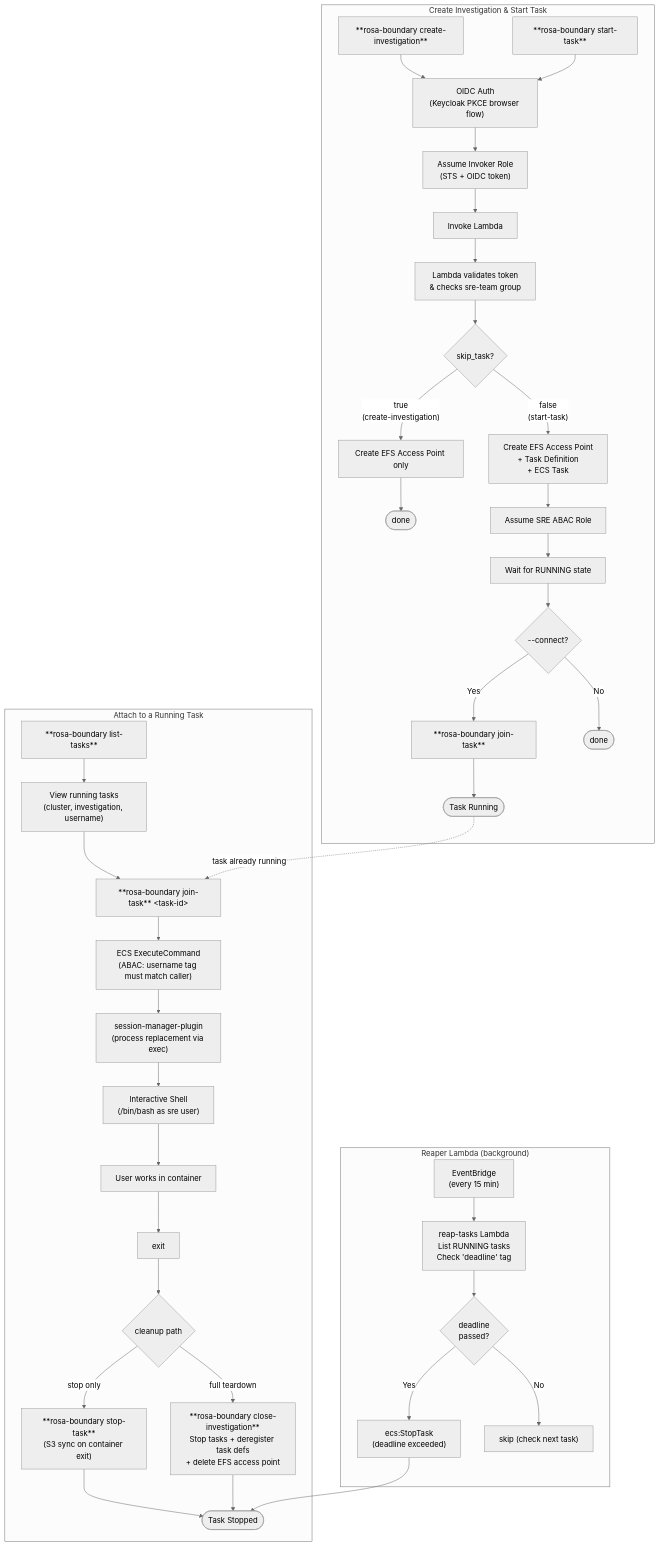
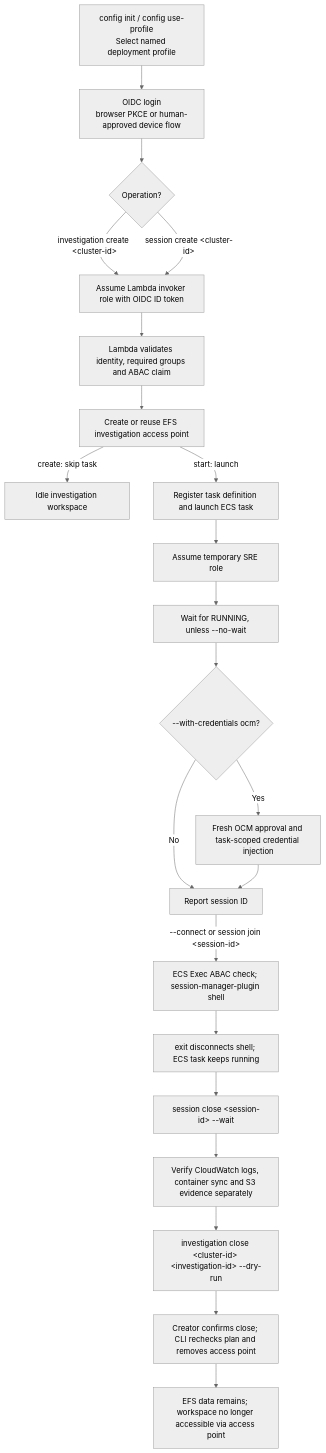
The diagram in docs/workflows.md (openshift-online/rosa-boundary), drawn with Mermaid (neutral theme) before and after one commit. The commit also changed other lines of this file and 69 other files, not shown here.

````diff
--- a/docs/workflows.md
+++ b/docs/workflows.md
@@ -5,59 +5,24 @@
 ```mermaid
 flowchart TD
-    subgraph "Create Investigation & Start Task"
-        CI["**rosa-boundary create-investigation**"]
-        ST["**rosa-boundary start-task**"]
-
-        CI --> AUTH
-        ST --> AUTH
-
-        AUTH["OIDC Auth\n(Keycloak PKCE browser flow)"]
-        AUTH --> INVOKER["Assume Invoker Role\n(STS + OIDC token)"]
-        INVOKER --> LAMBDA["Invoke Lambda"]
-        LAMBDA --> VALIDATE["Lambda validates token\n& checks sre-team group"]
-        VALIDATE --> SKIP{"skip_task?"}
-
-        SKIP -->|"true\n(create-investigation)"| EFS_ONLY["Create EFS Access Point only"]
-        SKIP -->|"false\n(start-task)"| EFS_TASK["Create EFS Access Point\n+ Task Definition\n+ ECS Task"]
-
-        EFS_ONLY --> DONE1(["done"])
-
-        EFS_TASK --> ABAC["Assume SRE ABAC Role"]
-        ABAC --> WAIT["Wait for RUNNING state"]
-        WAIT --> CONNECT{"--connect?"}
-
-        CONNECT -->|"Yes"| JOIN["**rosa-boundary join-task**"]
-        CONNECT -->|"No"| DONE2(["done"])
-
-        JOIN --> RUNNING(["Task Running"])
-    end
-
-    subgraph "Attach to a Running Task"
-        LT["**rosa-boundary list-tasks**"]
-        LT --> VIEW["View running tasks\n(cluster, investigation, username)"]
-        VIEW --> JT["**rosa-boundary join-task** &lt;task-id&gt;"]
-        JT --> EXEC["ECS ExecuteCommand\n(ABAC: username tag must match caller)"]
-        EXEC --> SMP["session-manager-plugin\n(process replacement via exec)"]
-        SMP --> SHELL["Interactive Shell\n(/bin/bash as sre user)"]
-        SHELL --> WORK["User works in container"]
-        WORK --> EXIT["exit"]
-
-        EXIT --> CLEANUP{"cleanup path"}
-        CLEANUP -->|"stop only"| STOP["**rosa-boundary stop-task**\n(S3 sync on container exit)"]
-        CLEANUP -->|"full teardown"| CLOSE["**rosa-boundary close-investigation**\nStop tasks + deregister task defs\n+ delete EFS access point"]
-
-        STOP --> STOPPED(["Task Stopped"])
-        CLOSE --> STOPPED
-    end
-
-    subgraph "Reaper Lambda (background)"
-        EB["EventBridge\n(every 15 min)"]
-        EB --> REAPER["reap-tasks Lambda\nList RUNNING tasks\nCheck 'deadline' tag"]
-        REAPER --> EXPIRED{"deadline\npassed?"}
-        EXPIRED -->|"Yes"| FORCE_STOP["ecs:StopTask\n(deadline exceeded)"]
-        EXPIRED -->|"No"| SKIP_TASK["skip (check next task)"]
-        FORCE_STOP --> STOPPED
-    end
-
-    RUNNING -.->|"task already running"| JT
+    PROFILE["config init / config use-profile<br/>Select named deployment profile"] --> AUTH["OIDC login<br/>browser PKCE or human-approved device flow"]
+    AUTH --> CREATE{"Operation?"}
+    CREATE -->|"investigation create &lt;cluster-id&gt;"| INVOKER["Assume Lambda invoker role with OIDC ID token"]
+    CREATE -->|"session create &lt;cluster-id&gt;"| INVOKER
+    INVOKER --> LAMBDA["Lambda validates identity, required groups and ABAC claim"]
+    LAMBDA --> EFS["Create or reuse EFS investigation access point"]
+    EFS -->|"create: skip task"| IDLE["Idle investigation workspace"]
+    EFS -->|"start: launch"| TASK["Register task definition and launch ECS task"]
+    TASK --> SRE["Assume temporary SRE role"]
+    SRE --> WAIT["Wait for RUNNING, unless --no-wait"]
+    WAIT --> CRED{"--with-credentials ocm?"}
+    CRED -->|Yes| OCM["Fresh OCM approval and task-scoped credential injection"]
+    CRED -->|No| READY["Report session ID"]
+    OCM --> READY
+    READY -->|"--connect or session join &lt;session-id&gt;"| EXEC["ECS Exec ABAC check; session-manager-plugin shell"]
+    EXEC --> EXIT["exit disconnects shell; ECS task keeps running"]
+    EXIT --> STOP["session close &lt;session-id&gt; --wait"]
+    STOP --> AUDIT["Verify CloudWatch logs, container sync and S3 evidence separately"]
+    AUDIT --> PLAN["investigation close &lt;cluster-id&gt; &lt;investigation-id&gt; --dry-run"]
+    PLAN --> CLOSE["Creator confirms close; CLI rechecks plan and removes access point"]
+    CLOSE --> IDLEDONE["EFS data remains; workspace no longer accessible via access point"]
 ```
````
